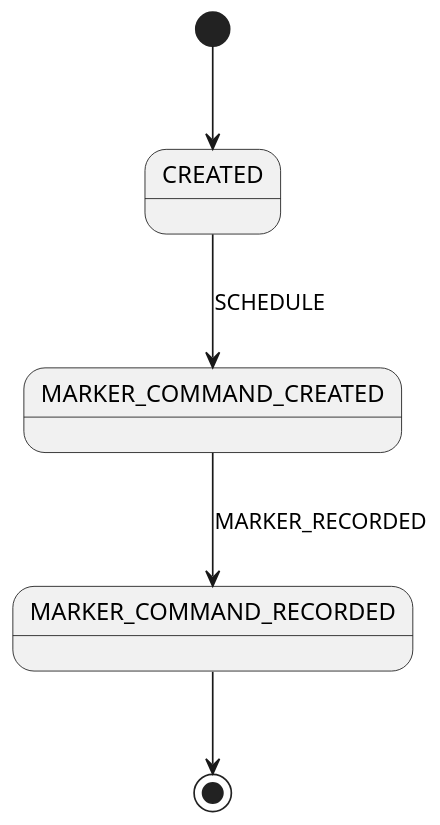
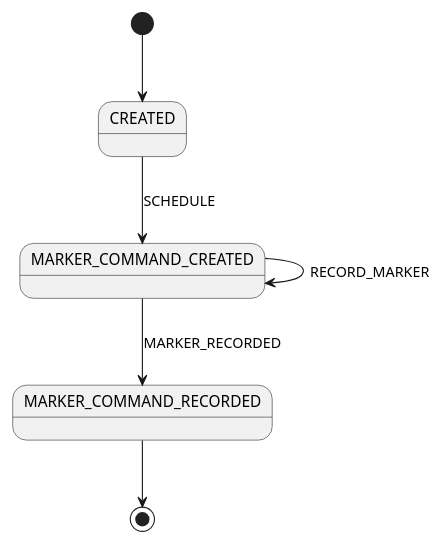
One commit to mfateev/temporal-java-sdk changed the diagram in src/main/java/io/temporal/internal/csm/MarkerCommands.puml. Above: the diagram before and after it, drawn with PlantUML. The commit also changed 35 other files, not shown here.

```diff
--- a/src/main/java/io/temporal/internal/csm/MarkerCommands.puml
+++ b/src/main/java/io/temporal/internal/csm/MarkerCommands.puml
@@ -21,7 +21,8 @@
 @startuml
 scale 350 width
 [*] --> CREATED
 CREATED --> MARKER_COMMAND_CREATED: SCHEDULE
+MARKER_COMMAND_CREATED --> MARKER_COMMAND_CREATED: RECORD_MARKER
 MARKER_COMMAND_CREATED --> MARKER_COMMAND_RECORDED: MARKER_RECORDED
 MARKER_COMMAND_RECORDED --> [*]
 @enduml
```
